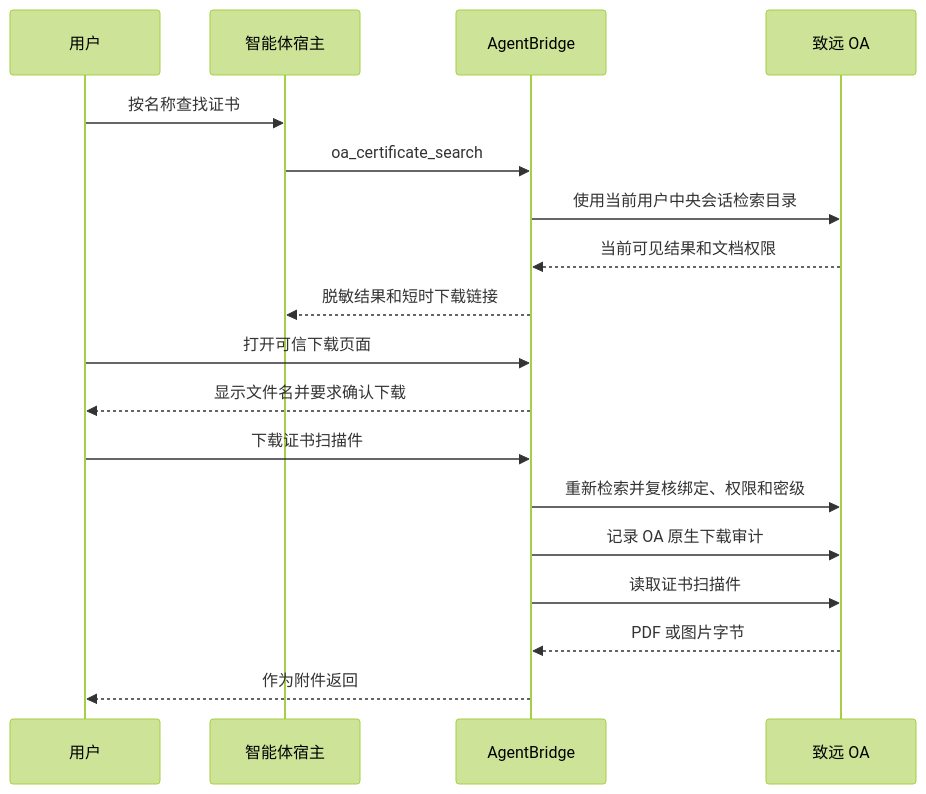
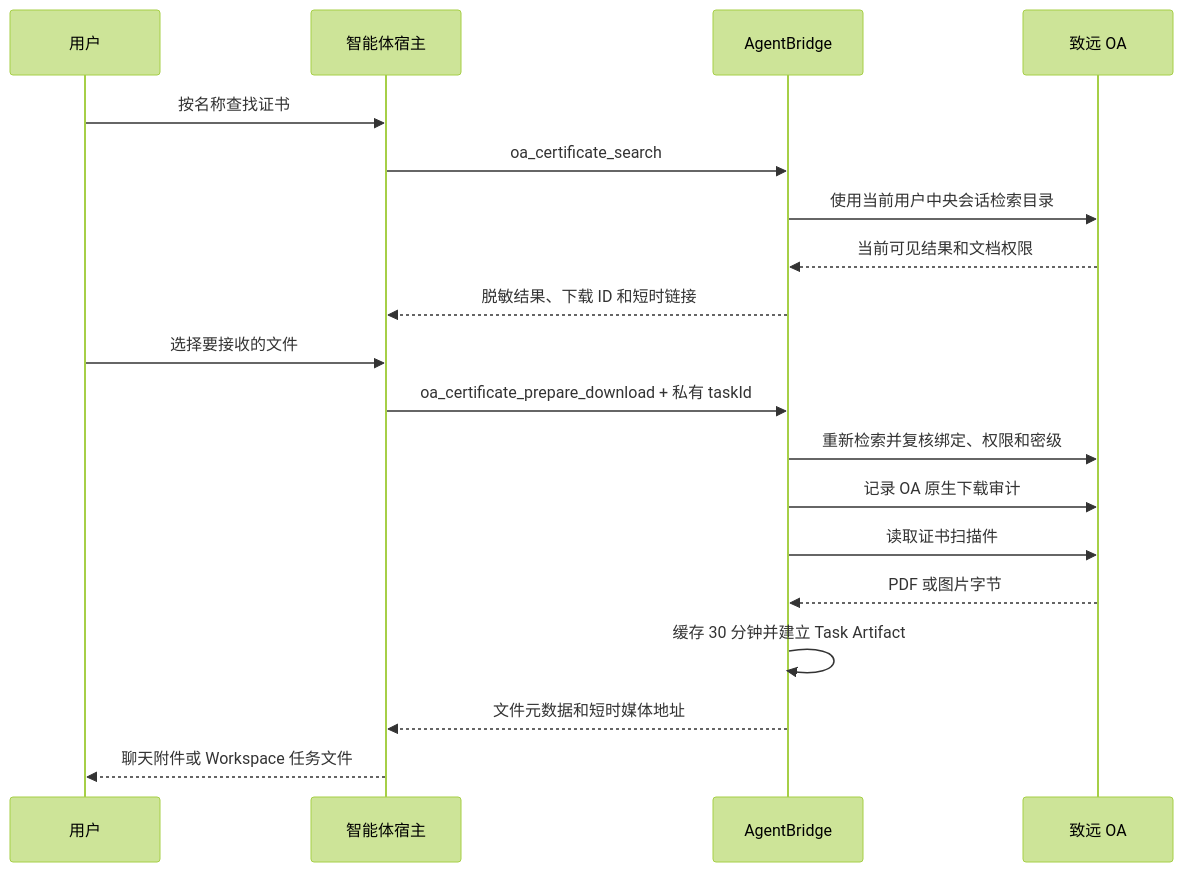
One commit to guomxin/cli-helper changed the diagram in docs/oa-certificate-document-download.md. Above: the diagram before and after it, drawn with Mermaid (forest theme). The commit also changed other lines of this file and 22 other files, not shown here.

````diff
--- a/docs/oa-certificate-document-download.md
+++ b/docs/oa-certificate-document-download.md
@@ -77,21 +80,22 @@
 ```mermaid
 sequenceDiagram
     participant U as 用户
     participant A as 智能体宿主
     participant B as AgentBridge
     participant O as 致远 OA
 
     U->>A: 按名称查找证书
     A->>B: oa_certificate_search
     B->>O: 使用当前用户中央会话检索目录
     O-->>B: 当前可见结果和文档权限
-    B-->>A: 脱敏结果和短时下载链接
-    U->>B: 打开可信下载页面
-    B-->>U: 显示文件名并要求确认下载
-    U->>B: 下载证书扫描件
+    B-->>A: 脱敏结果、下载 ID 和短时链接
+    U->>A: 选择要接收的文件
+    A->>B: oa_certificate_prepare_download + 私有 taskId
     B->>O: 重新检索并复核绑定、权限和密级
     B->>O: 记录 OA 原生下载审计
     B->>O: 读取证书扫描件
     O-->>B: PDF 或图片字节
-    B-->>U: 作为附件返回
+    B->>B: 缓存 30 分钟并建立 Task Artifact
+    B-->>A: 文件元数据和短时媒体地址
+    A-->>U: 聊天附件或 Workspace 任务文件
 ```
````
